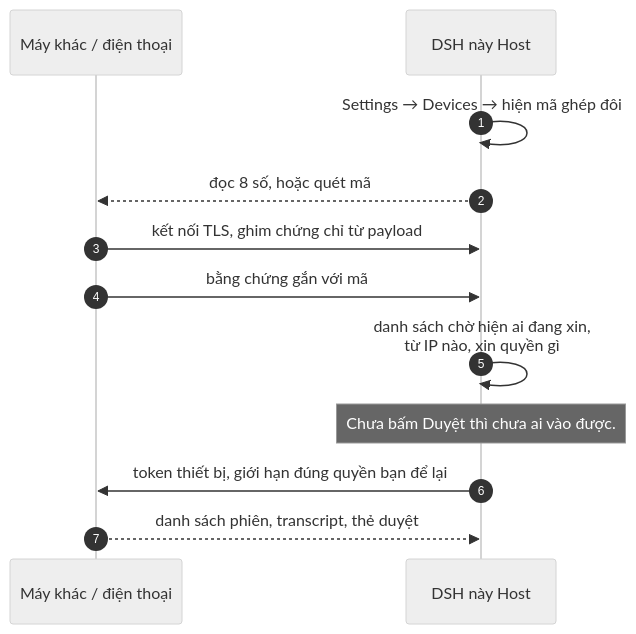
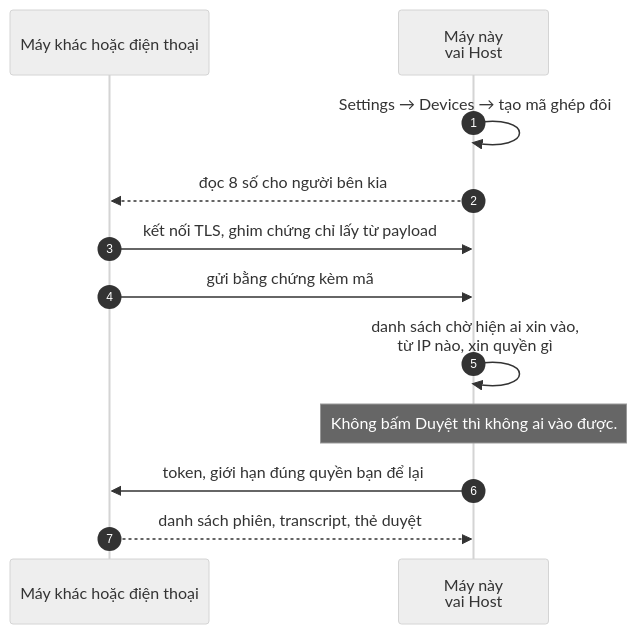
The second of 5 diagrams in README.vi.md (nesteacold/dsh-remote), drawn with Mermaid (neutral theme) before and after one commit. The commit also changed other lines of this file and 1 other file, not shown here.

````diff
--- a/README.vi.md
+++ b/README.vi.md
@@ -113,15 +111,15 @@
 ```mermaid
 sequenceDiagram
     autonumber
-    participant Khach as Máy khác / điện thoại
-    participant Ban as DSH này Host
+    participant Khach as Máy khác hoặc điện thoại
+    participant Ban as Máy này<br/>vai Host
 
-    Ban->>Ban: Settings → Devices → hiện mã ghép đôi
-    Ban-->>Khach: đọc 8 số, hoặc quét mã
-    Khach->>Ban: kết nối TLS, ghim chứng chỉ từ payload
-    Khach->>Ban: bằng chứng gắn với mã
-    Ban->>Ban: danh sách chờ hiện ai đang xin,<br/>từ IP nào, xin quyền gì
-    Note over Ban: Chưa bấm Duyệt thì chưa ai vào được.
-    Ban->>Khach: token thiết bị, giới hạn đúng quyền bạn để lại
+    Ban->>Ban: Settings → Devices → tạo mã ghép đôi
+    Ban-->>Khach: đọc 8 số cho người bên kia
+    Khach->>Ban: kết nối TLS, ghim chứng chỉ lấy từ payload
+    Khach->>Ban: gửi bằng chứng kèm mã
+    Ban->>Ban: danh sách chờ hiện ai xin vào,<br/>từ IP nào, xin quyền gì
+    Note over Ban: Không bấm Duyệt thì không ai vào được.
+    Ban->>Khach: token, giới hạn đúng quyền bạn để lại
     Khach-->>Ban: danh sách phiên, transcript, thẻ duyệt
 ```
````
